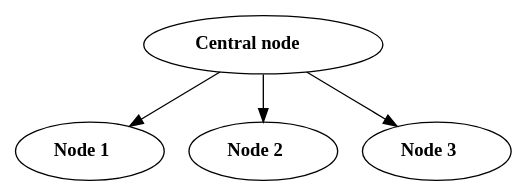
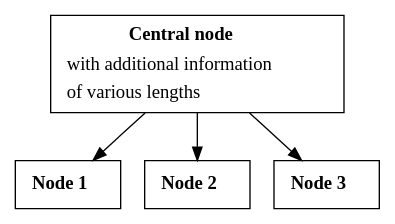
The diagram in data/test.dot (romilly/heimer-tools), drawn with Graphviz before and after one commit. The commit also changed 7 other files, not shown here.

```diff
--- a/data/test.dot
+++ b/data/test.dot
@@ -1,9 +1,9 @@
 digraph {
-    0 [label = <<TABLE border="0"><TR><TD><B>Central node</B></TD></TR></TABLE>>];
-    1 [label = <<TABLE border="0"><TR><TD><B>Node 1</B></TD></TR></TABLE>>];
-    2 [label = <<TABLE border="0"><TR><TD><B>Node 2</B></TD></TR></TABLE>>];
-    3 [label = <<TABLE border="0"><TR><TD><B>Node 3</B></TD></TR></TABLE>>];
+    0 [label = <<TABLE border="0"><TR><TD  ALIGN="CENTER"><B>Central node</B></TD></TR><TR><TD  ALIGN="LEFT">with additional information</TD></TR><TR><TD  ALIGN="LEFT">of various lengths</TD></TR></TABLE>>] [shape=rect];
+    1 [label = <<TABLE border="0"><TR><TD  ALIGN="CENTER"><B>Node 1</B></TD></TR></TABLE>>] [shape=rect];
+    2 [label = <<TABLE border="0"><TR><TD  ALIGN="CENTER"><B>Node 2</B></TD></TR></TABLE>>] [shape=rect];
+    3 [label = <<TABLE border="0"><TR><TD  ALIGN="CENTER"><B>Node 3</B></TD></TR></TABLE>>] [shape=rect];
+    0 -> 3;
+    0 -> 2;
     0 -> 1;
-    0 -> 2;
-    0 -> 3;
 }
```
